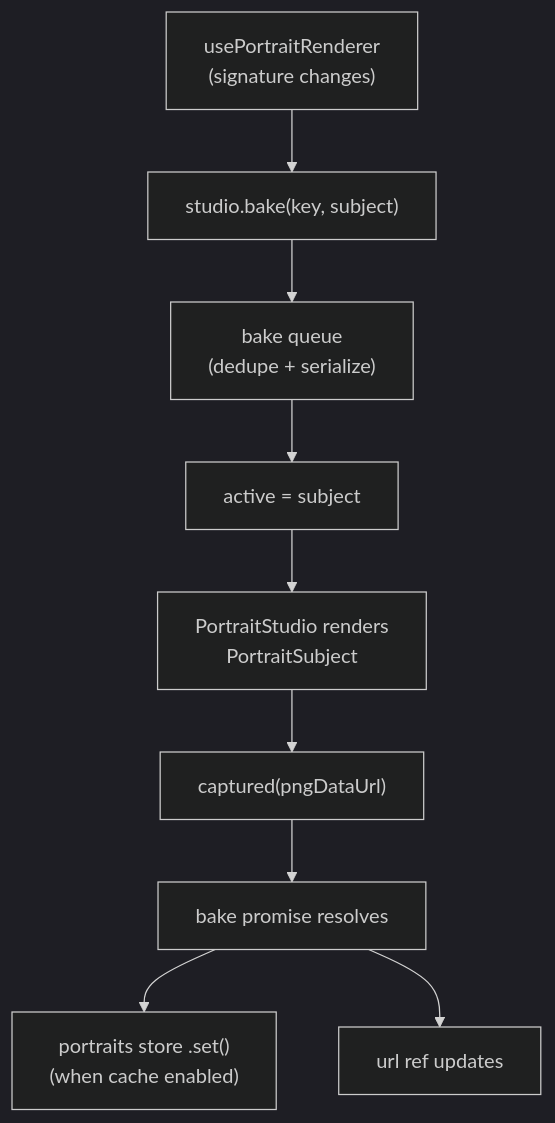
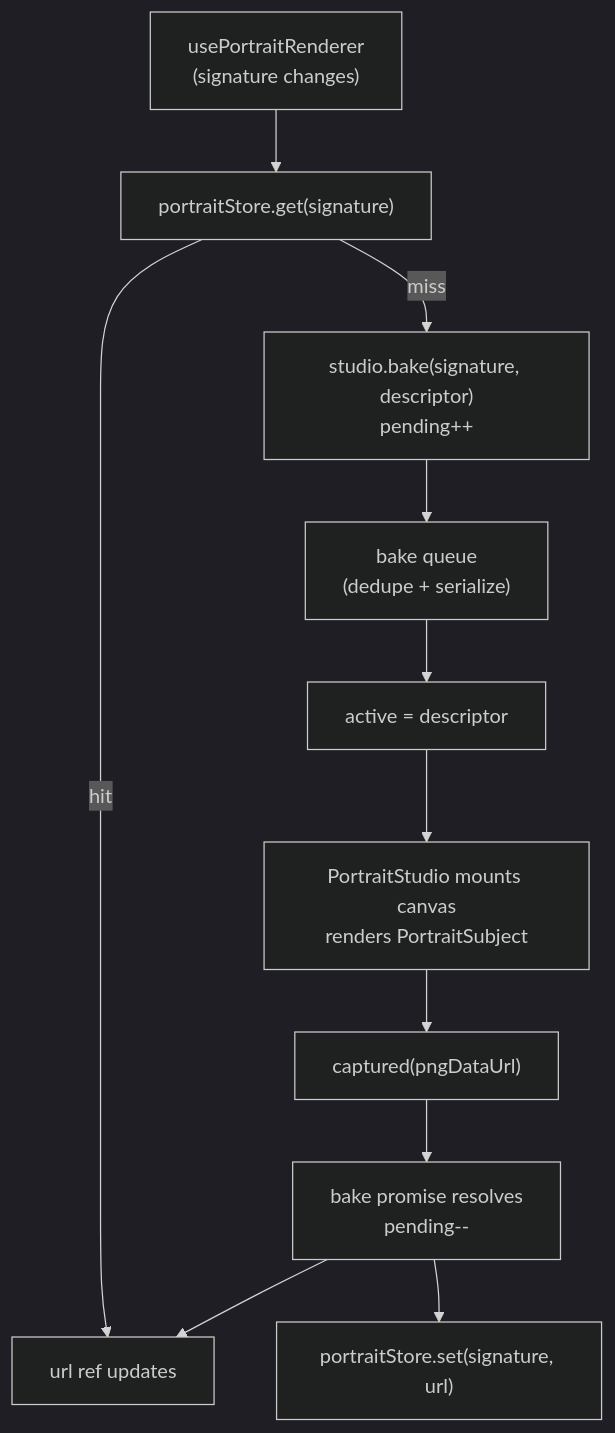
One commit to alvarosabu/artificer-forge changed the diagram in apps/grimoire/content/06.portraits/3.bake-queue.md. Above: the diagram before and after it, drawn with Mermaid (dark theme). The commit also changed other lines of this file and 157 other files, not shown here.

````diff
--- a/apps/grimoire/content/06.portraits/3.bake-queue.md
+++ b/apps/grimoire/content/06.portraits/3.bake-queue.md
@@ -89,11 +117,13 @@
 ```mermaid
 graph TD
-  RENDERER["usePortraitRenderer<br/>(signature changes)"] --> BAKE["studio.bake(key, subject)"]
+  RENDERER["usePortraitRenderer<br/>(signature changes)"] --> GET["portraitStore.get(signature)"]
+  GET -- hit --> URL["url ref updates"]
+  GET -- miss --> BAKE["studio.bake(signature, descriptor)<br/>pending++"]
   BAKE --> QUEUE["bake queue<br/>(dedupe + serialize)"]
-  QUEUE --> ACTIVE["active = subject"]
-  ACTIVE --> STUDIO["PortraitStudio renders<br/>PortraitSubject"]
+  QUEUE --> ACTIVE["active = descriptor"]
+  ACTIVE --> STUDIO["PortraitStudio mounts canvas<br/>renders PortraitSubject"]
   STUDIO --> CAPTURED["captured(pngDataUrl)"]
-  CAPTURED --> RESOLVE["bake promise resolves"]
-  RESOLVE --> STORE["portraits store .set()<br/>(when cache enabled)"]
-  RESOLVE --> URL["url ref updates"]
+  CAPTURED --> RESOLVE["bake promise resolves<br/>pending--"]
+  RESOLVE --> SET["portraitStore.set(signature, url)"]
+  RESOLVE --> URL
 ```
````
